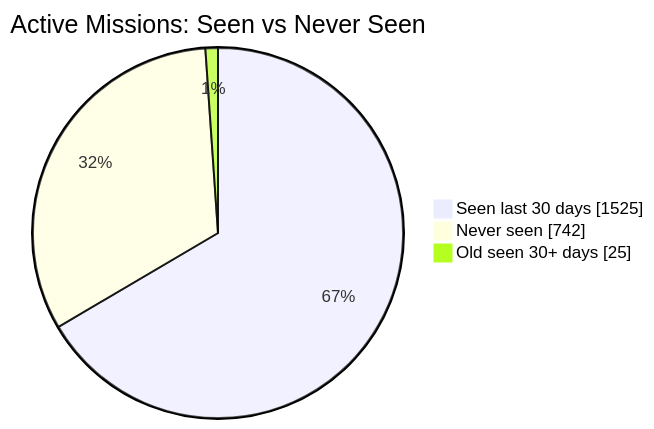
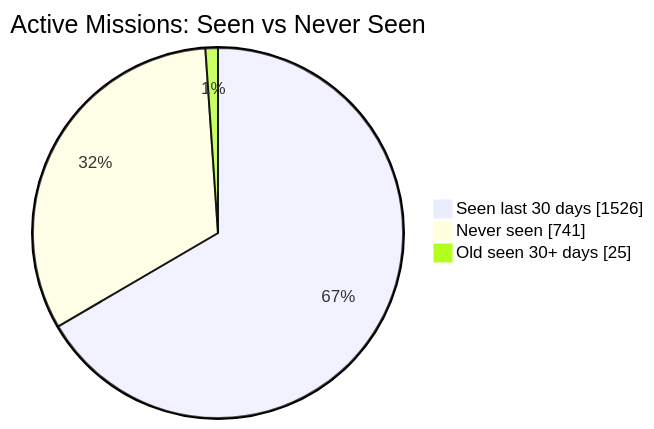
The first of 2 diagrams in README.md (MeldkamerspelGameTeam/active-missions), drawn with Mermaid before and after one commit. The commit also changed other lines of this file and 2 other files, not shown here.

````diff
--- a/README.md
+++ b/README.md
@@ -34,7 +34,7 @@
 ```mermaid
 pie showData
     title Active Missions: Seen vs Never Seen
-    "Seen last 30 days" : 1525
-    "Never seen" : 742
+    "Seen last 30 days" : 1526
+    "Never seen" : 741
     "Old seen 30+ days" : 25
 ```
````
